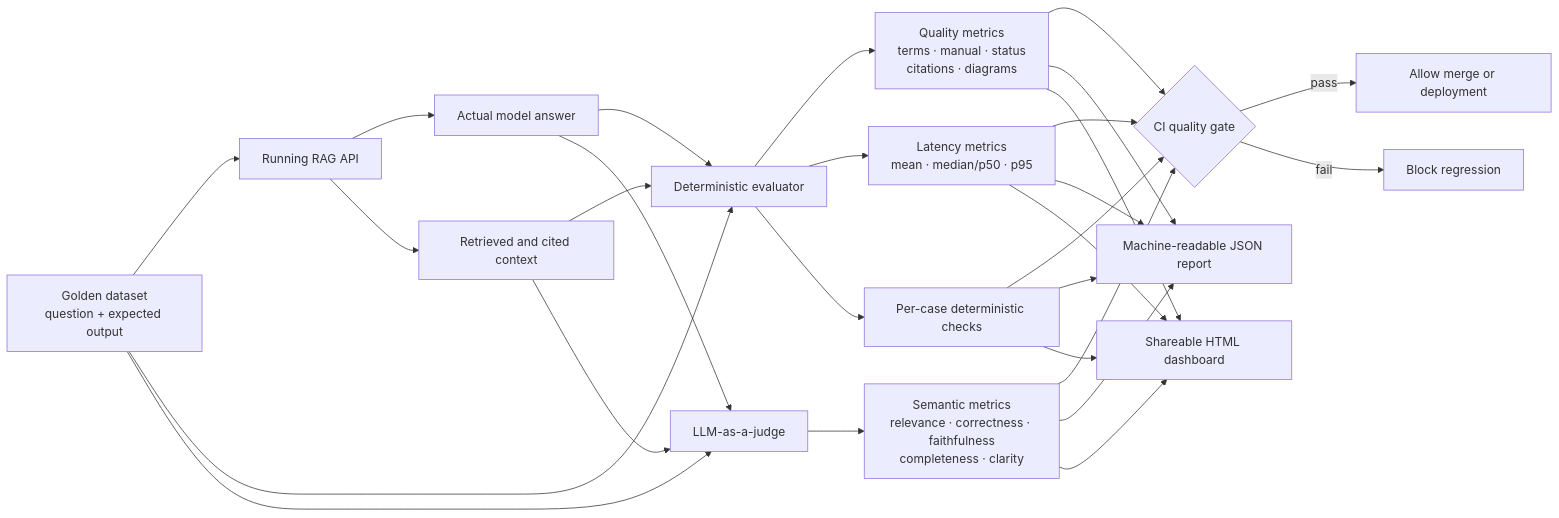
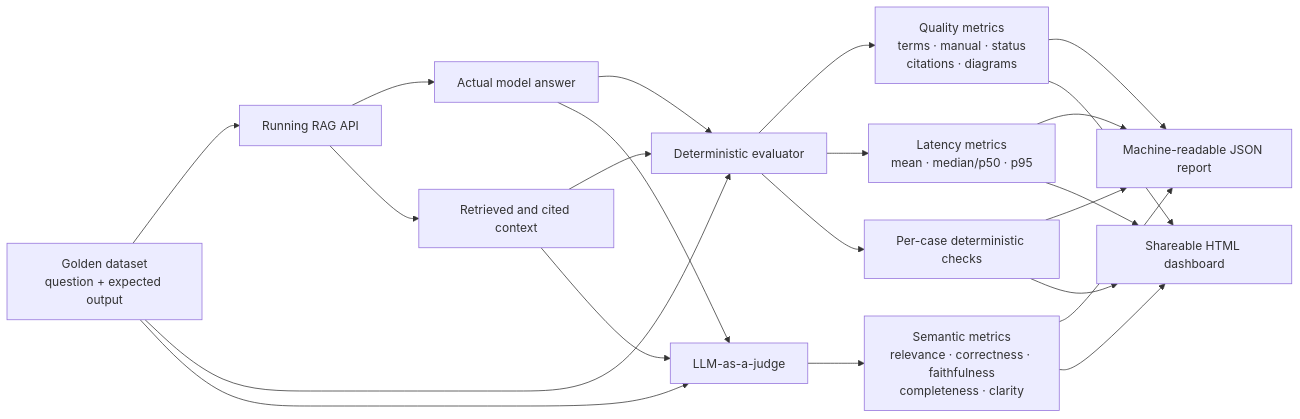
Before and after one commit to nagateja2004/op-center-bot: the fifth of 5 diagrams in README.md, drawn with Mermaid. The commit also changed other lines of this file and 43 other files, not shown here.

````diff
--- a/README.md
+++ b/README.md
@@ -807,33 +757,26 @@
 ```mermaid
 flowchart LR
     Gold["Golden dataset<br/>question + expected output"] --> RAG["Running RAG API"]
     RAG --> Actual["Actual model answer"]
     RAG --> Context["Retrieved and cited context"]
     Gold --> Rules["Deterministic evaluator"]
     Actual --> Rules
     Context --> Rules
     Gold --> Judge["LLM-as-a-judge"]
     Actual --> Judge
     Context --> Judge
 
     Rules --> Quality["Quality metrics<br/>terms · manual · status<br/>citations · diagrams"]
     Rules --> Latency["Latency metrics<br/>mean · median/p50 · p95"]
     Rules --> Cases["Per-case deterministic checks"]
     Judge --> Semantic["Semantic metrics<br/>relevance · correctness · faithfulness<br/>completeness · clarity"]
 
-    Quality --> Gate{"CI quality gate"}
-    Latency --> Gate
-    Cases --> Gate
-    Semantic --> Gate
-    Gate -->|"pass"| Merge["Allow merge or deployment"]
-    Gate -->|"fail"| Block["Block regression"]
-
     Quality --> JSON["Machine-readable JSON report"]
     Latency --> JSON
     Cases --> JSON
     Quality --> Dashboard["Shareable HTML dashboard"]
     Latency --> Dashboard
     Cases --> Dashboard
     Semantic --> JSON
     Semantic --> Dashboard
 ```
````
